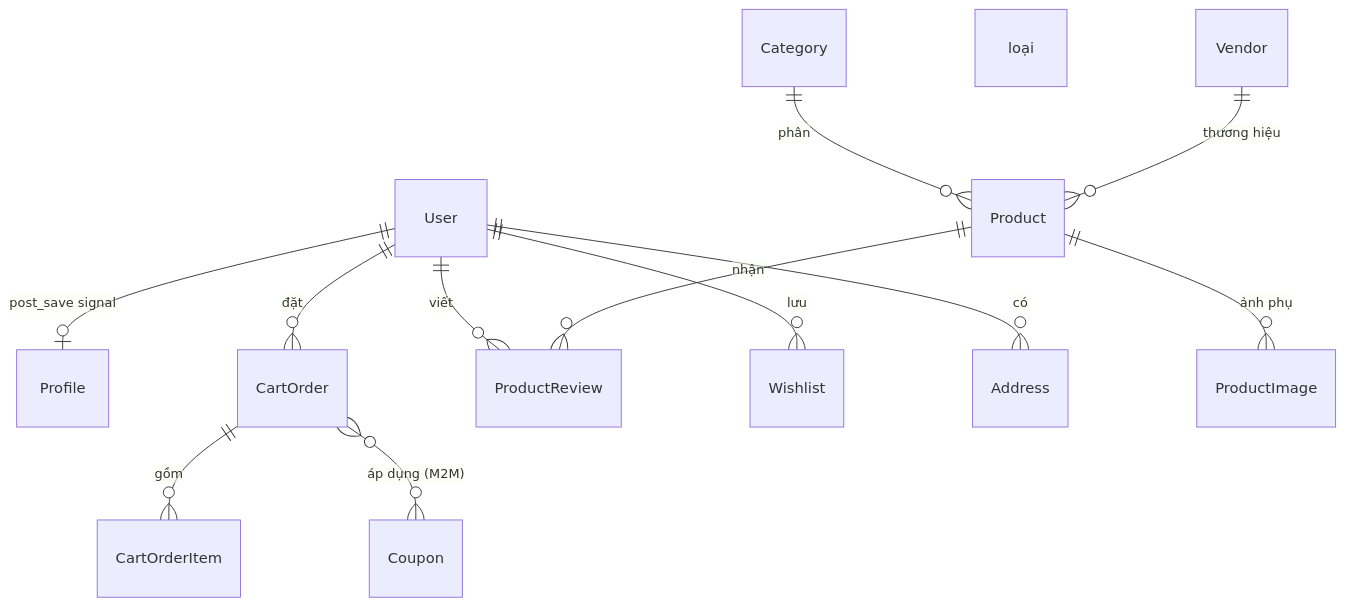
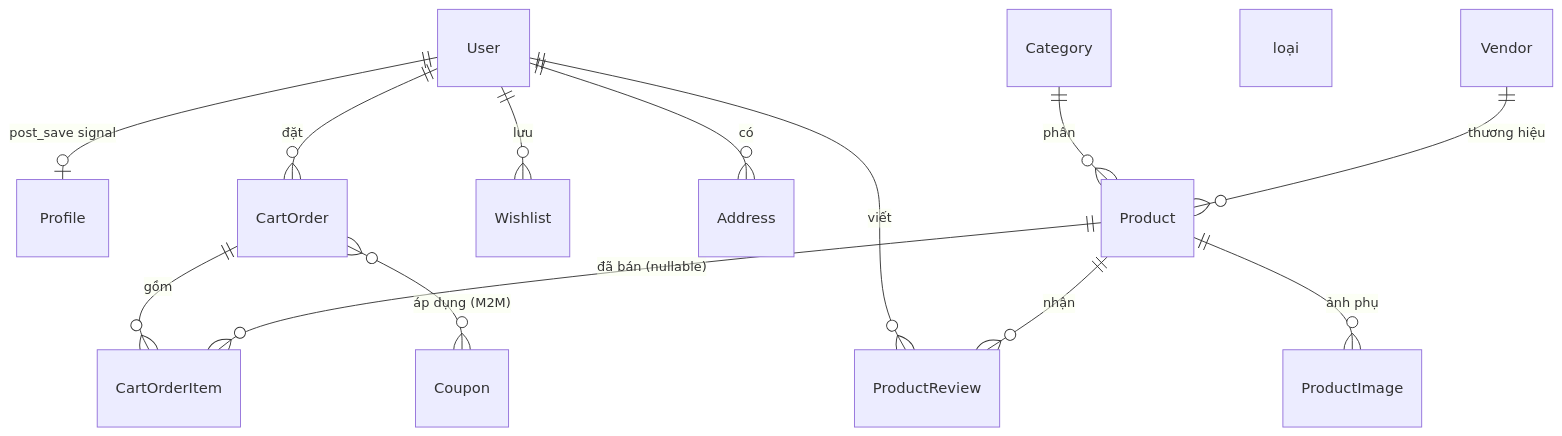
The second of 3 diagrams in docs/ARCHITECTURE.md (leducphat/grocerly-ecom), drawn with Mermaid before and after one commit. The commit also changed other lines of this file and 11 other files, not shown here.

````diff
--- a/docs/ARCHITECTURE.md
+++ b/docs/ARCHITECTURE.md
@@ -88,14 +88,15 @@
 ```mermaid
 erDiagram
     User ||--o| Profile : "post_save signal"
     User ||--o{ CartOrder : đặt
     User ||--o{ ProductReview : viết
     User ||--o{ Wishlist : lưu
     User ||--o{ Address : có
     Category ||--o{ Product : phân loại
     Vendor ||--o{ Product : "thương hiệu"
     Product ||--o{ ProductImage : "ảnh phụ"
     Product ||--o{ ProductReview : nhận
     CartOrder ||--o{ CartOrderItem : gồm
+    Product ||--o{ CartOrderItem : "đã bán (nullable)"
     CartOrder }o--o{ Coupon : "áp dụng (M2M)"
 ```
````
